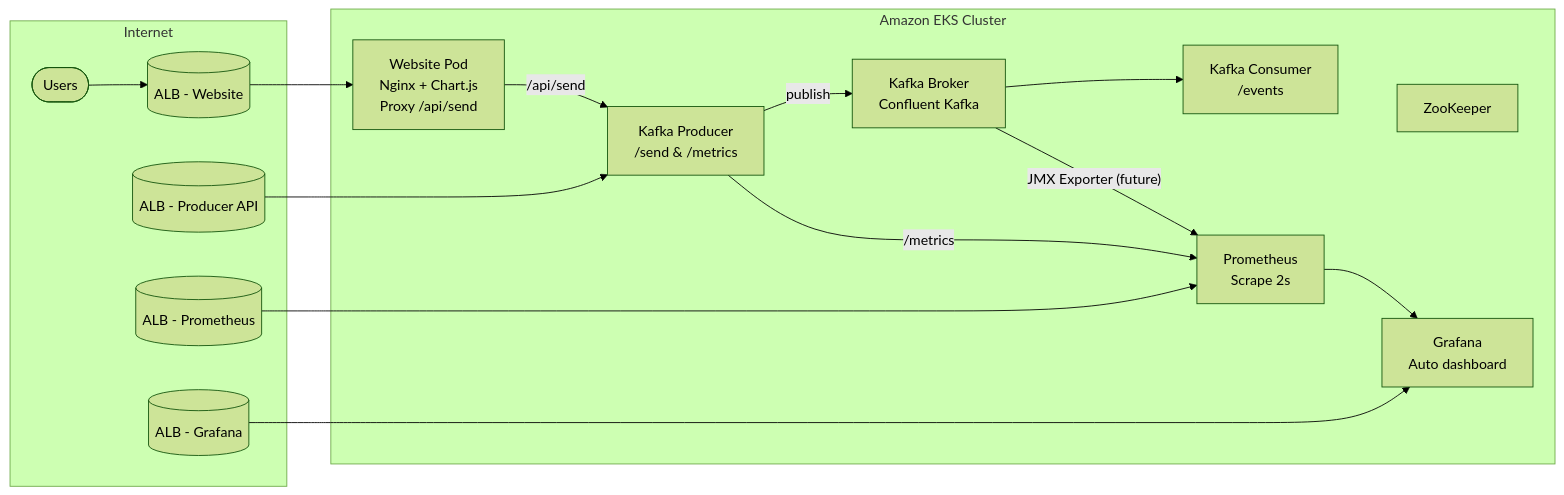
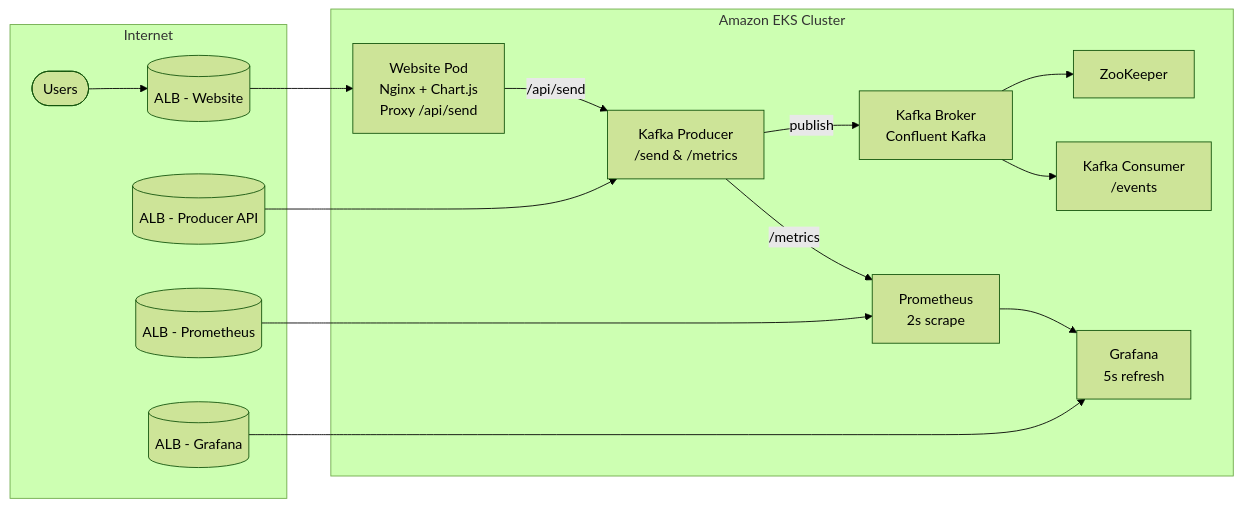
One commit to sahil5206/AWS_Devops_Event-driven_project changed the diagram in README.md. Above: the diagram before and after it, drawn with Mermaid (forest theme).

````diff
--- a/README.md
+++ b/README.md
@@ -5,31 +5,31 @@
 ```mermaid
 flowchart LR
     subgraph Internet
         U([Users])
         UI[(ALB - Website)]
         API[(ALB - Producer API)]
         PROM[(ALB - Prometheus)]
         GRAF[(ALB - Grafana)]
     end
 
     subgraph "Amazon EKS Cluster"
-        W[Website Pod<br/>Nginx + Chart.js<br/>Proxy /api/send]
-        P[Kafka Producer<br/>/send & /metrics]
-        B[Kafka Broker<br/>Confluent Kafka]
-        Z[ZooKeeper]
-        C[Kafka Consumer<br/>/events]
-        M[Prometheus<br/>Scrape 2s]
-        G[Grafana<br/>Auto dashboard]
+        W["Website Pod<br/>Nginx + Chart.js<br/>Proxy /api/send"]
+        P["Kafka Producer<br/>/send & /metrics"]
+        B["Kafka Broker<br/>Confluent Kafka"]
+        Z["ZooKeeper"]
+        C["Kafka Consumer<br/>/events"]
+        M["Prometheus<br/>2s scrape"]
+        G["Grafana<br/>5s refresh"]
     end
 
     U --> UI --> W
     W -->|/api/send| P
     P -->|publish| B
+    B --> Z
     B --> C
     P -->|/metrics| M
-    B -->|"JMX Exporter (future)"| M
     M --> G
     API --> P
     PROM --> M
     GRAF --> G
 ```
````
